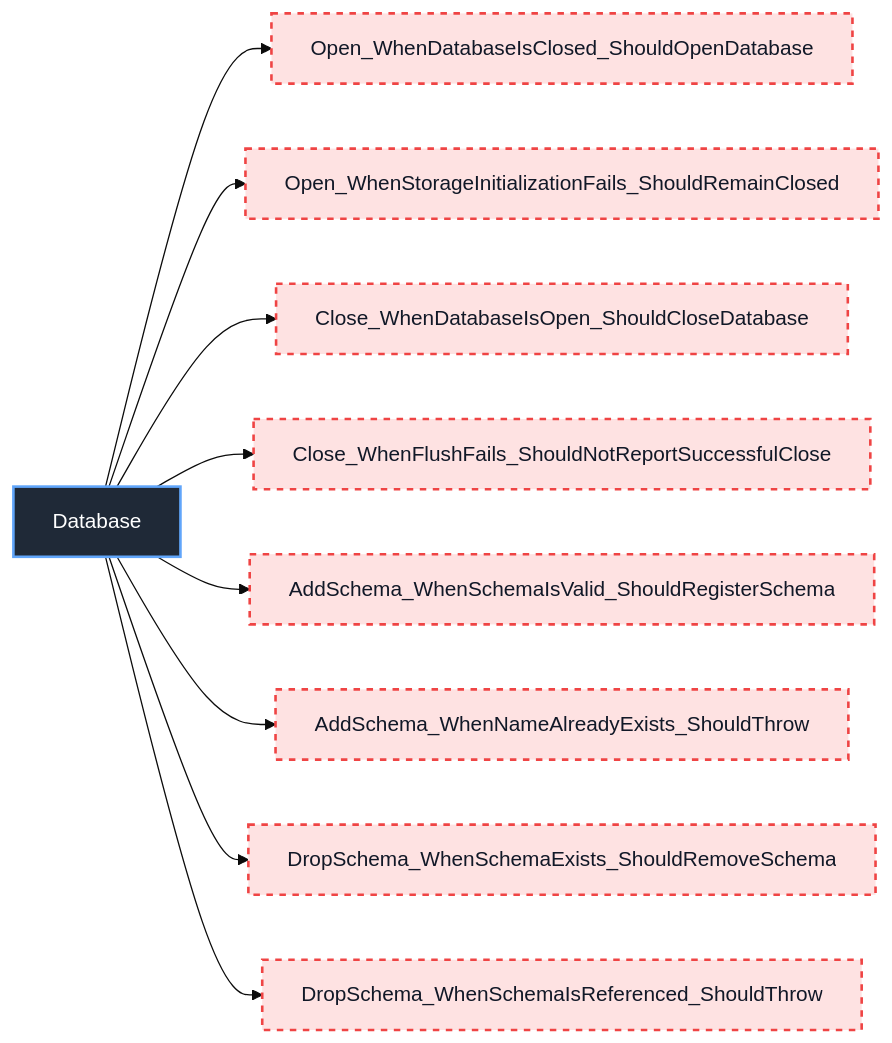
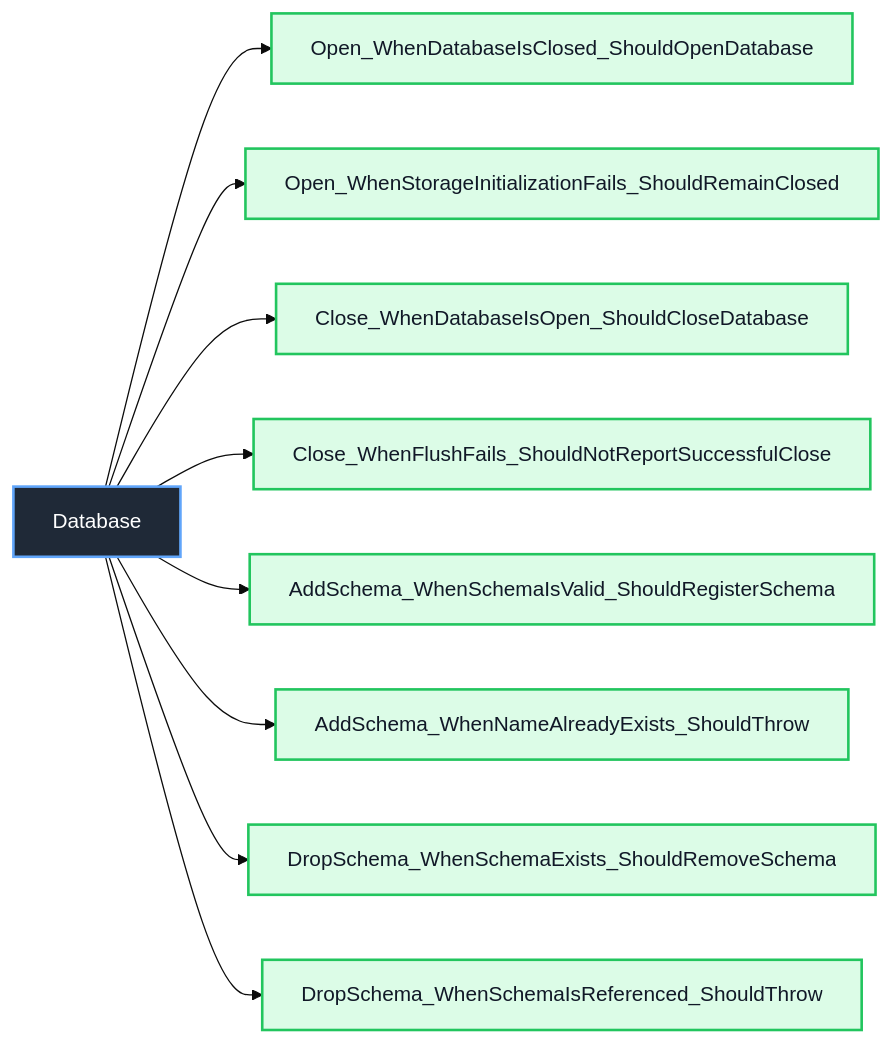
One commit to manaxpow/DBMS changed diagram 13 of 29 in docs/unit-test/README.md. Above: the diagram before and after it, drawn with Mermaid (base theme). The commit also changed other lines of this file and 19 other files, not shown here.

````diff
--- a/docs/unit-test/README.md
+++ b/docs/unit-test/README.md
@@ -294,20 +294,20 @@
 ```mermaid
 flowchart LR
     Class_Database["Database"]
 
     Class_Database --> DB_001["Open_WhenDatabaseIsClosed_ShouldOpenDatabase"]
     Class_Database --> DB_002["Open_WhenStorageInitializationFails_ShouldRemainClosed"]
     Class_Database --> DB_003["Close_WhenDatabaseIsOpen_ShouldCloseDatabase"]
     Class_Database --> DB_004["Close_WhenFlushFails_ShouldNotReportSuccessfulClose"]
     Class_Database --> DB_005["AddSchema_WhenSchemaIsValid_ShouldRegisterSchema"]
     Class_Database --> DB_006["AddSchema_WhenNameAlreadyExists_ShouldThrow"]
     Class_Database --> DB_007["DropSchema_WhenSchemaExists_ShouldRemoveSchema"]
     Class_Database --> DB_008["DropSchema_WhenSchemaIsReferenced_ShouldThrow"]
 
     classDef classNode fill:#1f2937,stroke:#60a5fa,color:#ffffff,stroke-width:2px
     classDef completedTest fill:#dcfce7,stroke:#22c55e,color:#111827,stroke-width:2px
     classDef missingTest fill:#fee2e2,stroke:#ef4444,color:#111827,stroke-width:2px,stroke-dasharray: 5 5
 
     class Class_Database classNode
-    class DB_001,DB_002,DB_003,DB_004,DB_005,DB_006,DB_007,DB_008 missingTest
+    class DB_001,DB_002,DB_003,DB_004,DB_005,DB_006,DB_007,DB_008 completedTest
 ```
````
